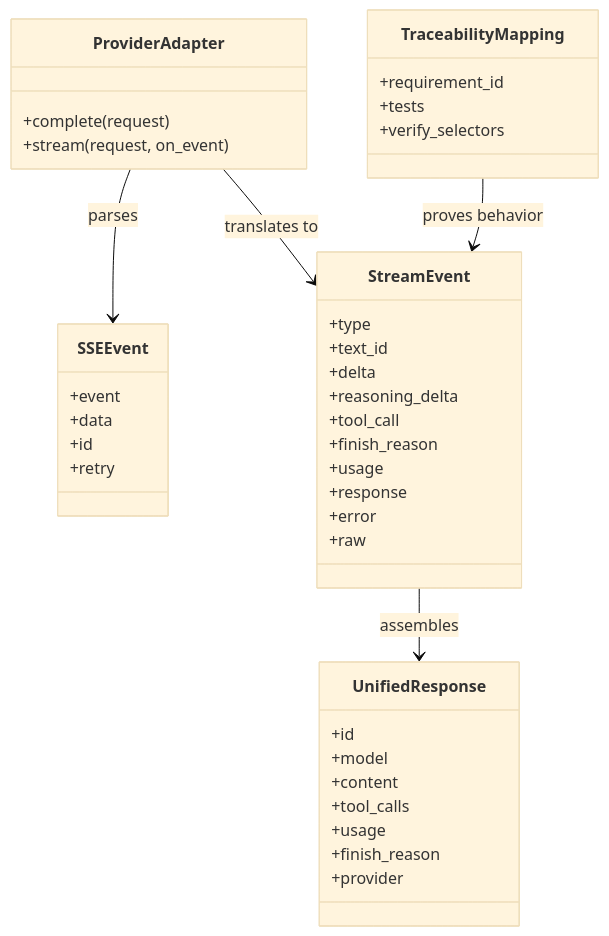
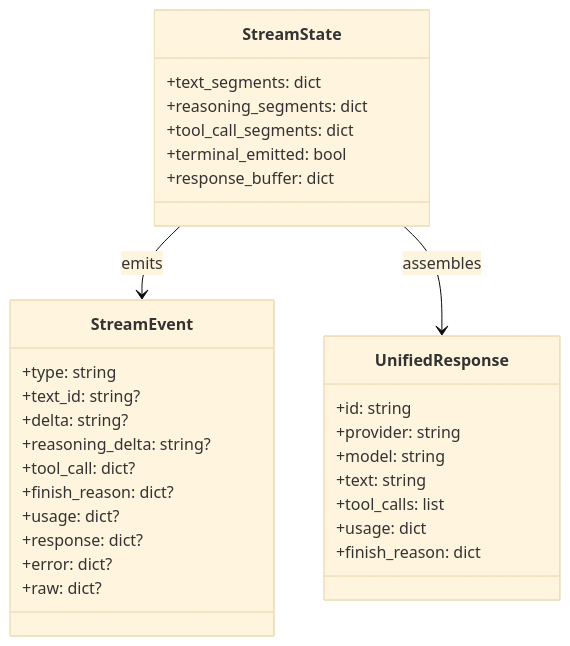
Before and after one commit to jaytaylor/attractor-tcl: the first of 5 diagrams in docs/sprints/SPRINT-005-comprehensive-implementation-plan.md, drawn with Mermaid (base theme). The commit also changed other lines of this file, not shown here.

````diff
--- a/docs/sprints/SPRINT-005-comprehensive-implementation-plan.md
+++ b/docs/sprints/SPRINT-005-comprehensive-implementation-plan.md
@@ -1788,44 +971,36 @@
 ```mermaid
 classDiagram
   class StreamEvent {
-    +type
-    +text_id
-    +delta
-    +reasoning_delta
-    +tool_call
-    +finish_reason
-    +usage
-    +response
-    +error
-    +raw
-  }
-  class UnifiedResponse {
-    +id
-    +model
-    +content
-    +tool_calls
-    +usage
-    +finish_reason
-    +provider
-  }
-  class ProviderAdapter {
-    +complete(request)
-    +stream(request, on_event)
-  }
-  class SSEEvent {
-    +event
-    +data
-    +id
-    +retry
-  }
-  class TraceabilityMapping {
-    +requirement_id
-    +tests
-    +verify_selectors
+    +type: string
+    +text_id: string?
+    +delta: string?
+    +reasoning_delta: string?
+    +tool_call: dict?
+    +finish_reason: dict?
+    +usage: dict?
+    +response: dict?
+    +error: dict?
+    +raw: dict?
   }
 
-  ProviderAdapter --> SSEEvent : parses
-  ProviderAdapter --> StreamEvent : translates to
-  StreamEvent --> UnifiedResponse : assembles
-  TraceabilityMapping --> StreamEvent : proves behavior
+  class UnifiedResponse {
+    +id: string
+    +provider: string
+    +model: string
+    +text: string
+    +tool_calls: list
+    +usage: dict
+    +finish_reason: dict
+  }
+
+  class StreamState {
+    +text_segments: dict
+    +reasoning_segments: dict
+    +tool_call_segments: dict
+    +terminal_emitted: bool
+    +response_buffer: dict
+  }
+
+  StreamState --> StreamEvent : emits
+  StreamState --> UnifiedResponse : assembles
 ```
````
